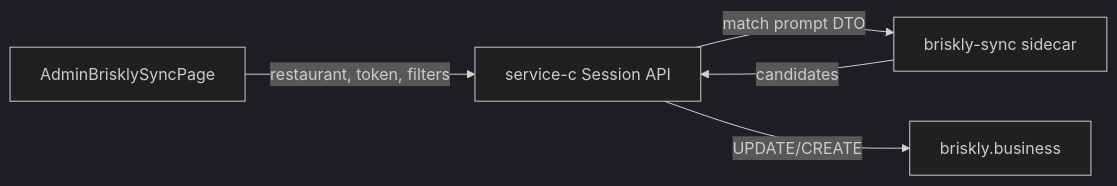
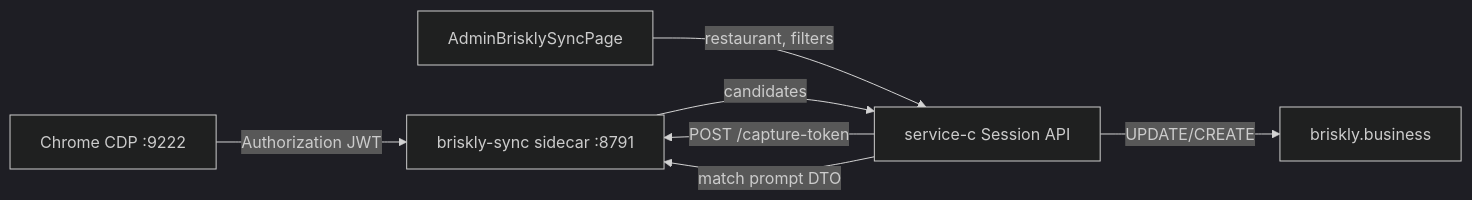
The third of 4 diagrams in service-c/README.md (dvtikhonov/exampleProjectSail), drawn with Mermaid (dark theme) before and after one commit. The commit also changed other lines of this file and 63 other files, not shown here.

````diff
--- a/service-c/README.md
+++ b/service-c/README.md
@@ -586,12 +586,15 @@
 ```mermaid
 flowchart LR
+  Chrome["Chrome CDP :9222"]
   UI["AdminBrisklySyncPage"]
   PHP["service-c Session API"]
-  Orch["briskly-sync sidecar"]
+  Orch["briskly-sync sidecar :8791"]
   Briskly["briskly.business"]
 
-  UI -->|"restaurant, token, filters"| PHP
+  Chrome -->|"Authorization JWT"| Orch
+  UI -->|"restaurant, filters"| PHP
+  PHP -->|"POST /capture-token"| Orch
   PHP -->|"match prompt DTO"| Orch
   Orch -->|"candidates"| PHP
   PHP -->|"UPDATE/CREATE"| Briskly
 ```
````
